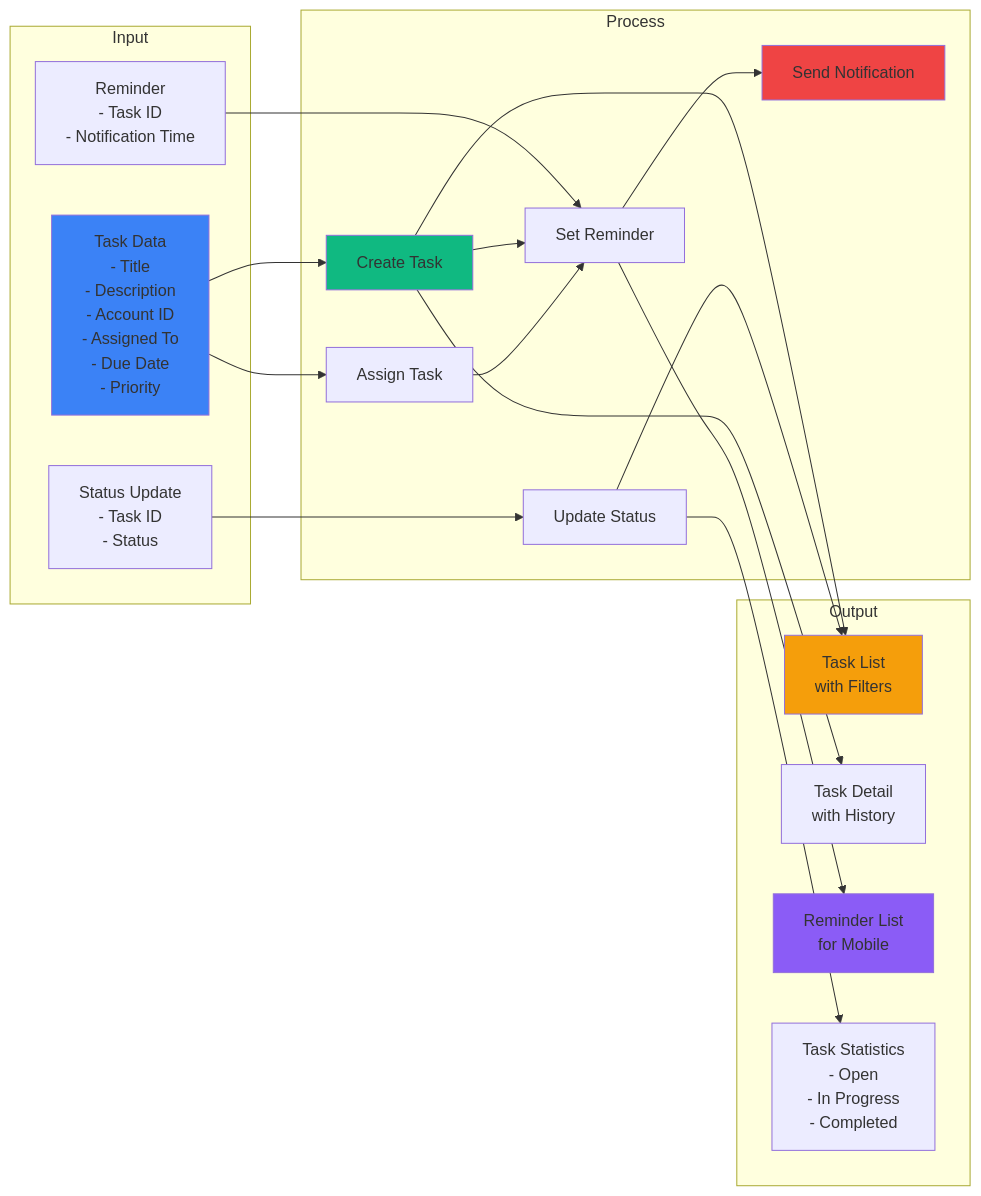
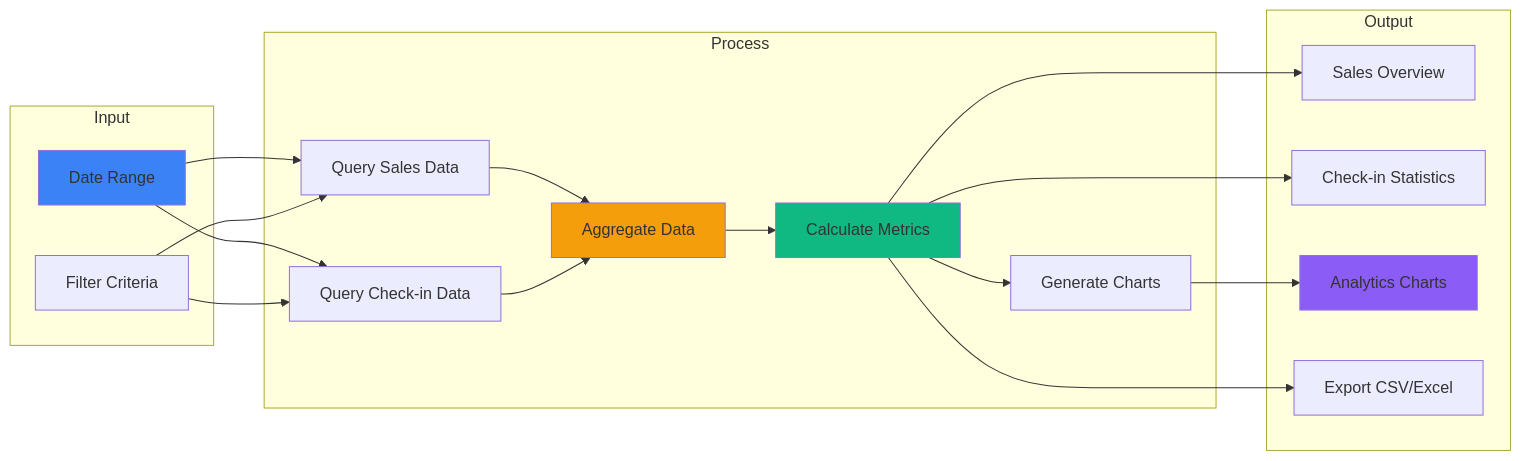
One commit to Gilabs-Studio/webapp-ticket-konser changed the ninth of 13 diagrams in docs/PROJECT_DIAGRAMS.md. Above: the diagram before and after it, drawn with Mermaid. The commit also changed other lines of this file and 8 other files, not shown here.

````diff
--- a/docs/PROJECT_DIAGRAMS.md
+++ b/docs/PROJECT_DIAGRAMS.md
@@ -492,44 +387,40 @@
 ```mermaid
 graph LR
     subgraph "Input"
-        I1[Task Data<br/>- Title<br/>- Description<br/>- Account ID<br/>- Assigned To<br/>- Due Date<br/>- Priority]
-        I2[Reminder<br/>- Task ID<br/>- Notification Time]
-        I3[Status Update<br/>- Task ID<br/>- Status]
+        I1[Date Range]
+        I2[Filter Criteria]
     end
     
     subgraph "Process"
-        P1[Create Task]
-        P2[Assign Task]
-        P3[Update Status]
-        P4[Set Reminder]
-        P5[Send Notification]
+        P1[Query Sales Data]
+        P2[Query Check-in Data]
+        P3[Aggregate Data]
+        P4[Calculate Metrics]
+        P5[Generate Charts]
     end
     
     subgraph "Output"
-        O1[Task List<br/>with Filters]
-        O2[Task Detail<br/>with History]
-        O3[Reminder List<br/>for Mobile]
-        O4[Task Statistics<br/>- Open<br/>- In Progress<br/>- Completed]
+        O1[Sales Overview]
+        O2[Check-in Statistics]
+        O3[Analytics Charts]
+        O4[Export CSV/Excel]
     end
     
     I1 --> P1
     I1 --> P2
-    I2 --> P4
-    I3 --> P3
-    
-    P1 --> P4
+    I2 --> P1
+    I2 --> P2
+    P1 --> P3
+    P2 --> P3
+    P3 --> P4
     P4 --> P5
-    P2 --> P4
-    
-    P1 --> O1
-    P3 --> O1
-    P4 --> O3
-    P1 --> O2
-    P3 --> O4
+    P4 --> O1
+    P4 --> O2
+    P5 --> O3
+    P4 --> O4
     
     style I1 fill:#3b82f6
-    style P1 fill:#10b981
-    style P5 fill:#ef4444
-    style O1 fill:#f59e0b
+    style P3 fill:#f59e0b
+    style P4 fill:#10b981
     style O3 fill:#8b5cf6
 ```
````
